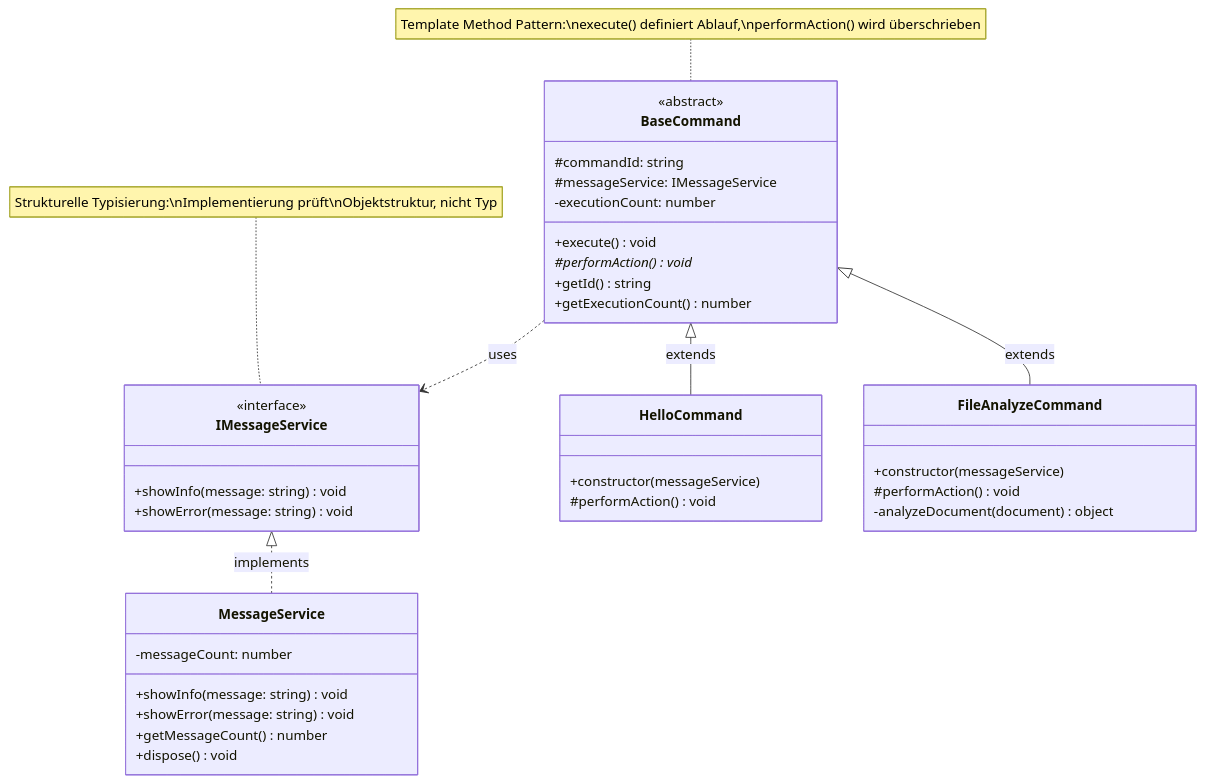
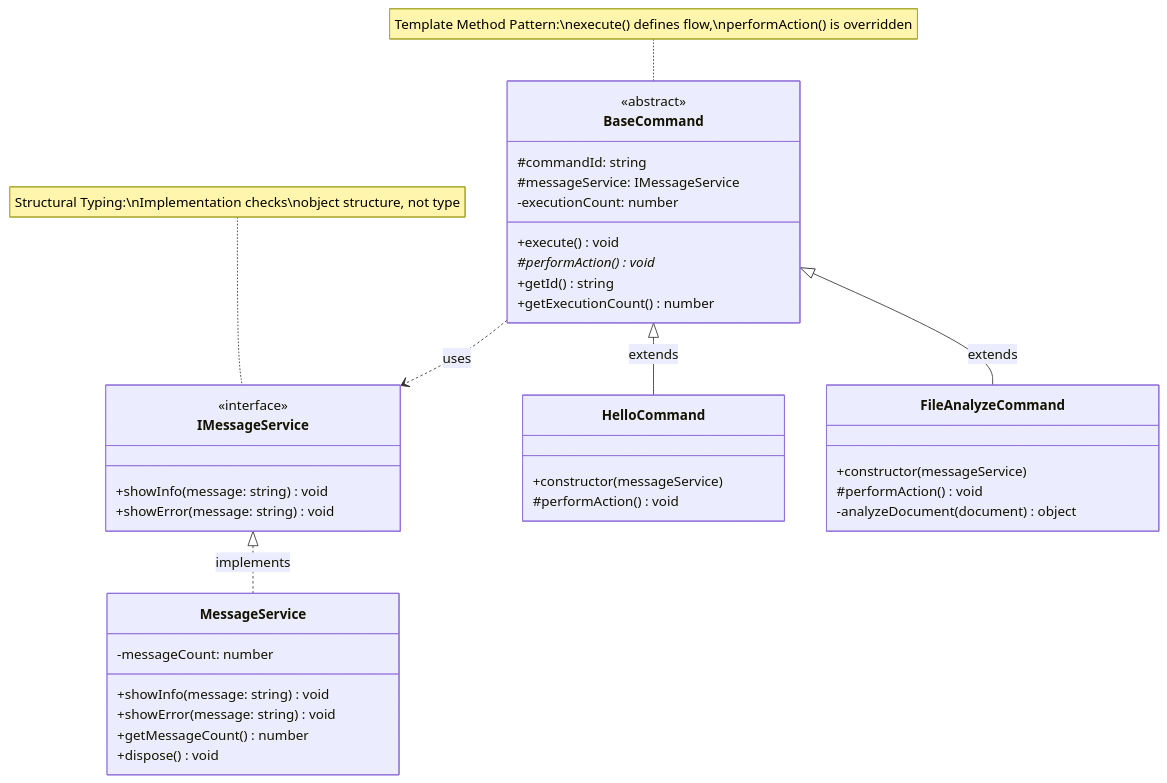
One commit to nanolon/demo changed the second of 4 diagrams in README.md. Above: the diagram before and after it, drawn with Mermaid. The commit also changed other lines of this file and 12 other files, not shown here.

````diff
--- a/README.md
+++ b/README.md
@@ -60,46 +60,46 @@
 ```mermaid
 classDiagram
     class IMessageService {
         <<interface>>
         +showInfo(message: string) void
         +showError(message: string) void
     }
     
     class MessageService {
         -messageCount: number
         +showInfo(message: string) void
         +showError(message: string) void
         +getMessageCount() number
         +dispose() void
     }
     
     class BaseCommand {
         <<abstract>>
         #commandId: string
         #messageService: IMessageService
         -executionCount: number
         +execute() void
         #performAction() void*
         +getId() string
         +getExecutionCount() number
     }
     
     class HelloCommand {
         +constructor(messageService)
         #performAction() void
     }
     
     class FileAnalyzeCommand {
         +constructor(messageService)
         #performAction() void
         -analyzeDocument(document) object
     }
     
     IMessageService <|.. MessageService : implements
     BaseCommand <|-- HelloCommand : extends
     BaseCommand <|-- FileAnalyzeCommand : extends
     BaseCommand ..> IMessageService : uses
     
-    note for BaseCommand "Template Method Pattern:\nexecute() definiert Ablauf,\nperformAction() wird überschrieben"
-    note for IMessageService "Strukturelle Typisierung:\nImplementierung prüft\nObjektstruktur, nicht Typ"
+    note for BaseCommand "Template Method Pattern:\nexecute() defines flow,\nperformAction() is overridden"
+    note for IMessageService "Structural Typing:\nImplementation checks\nobject structure, not type"
 ```
````
